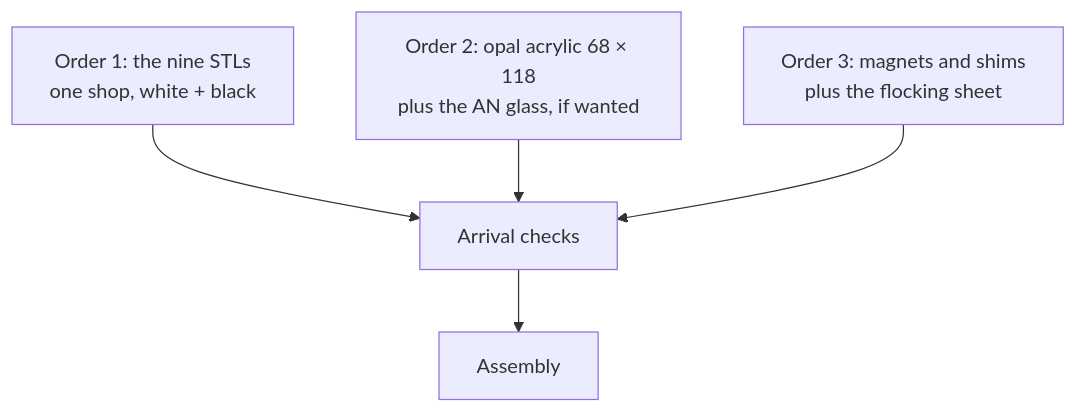
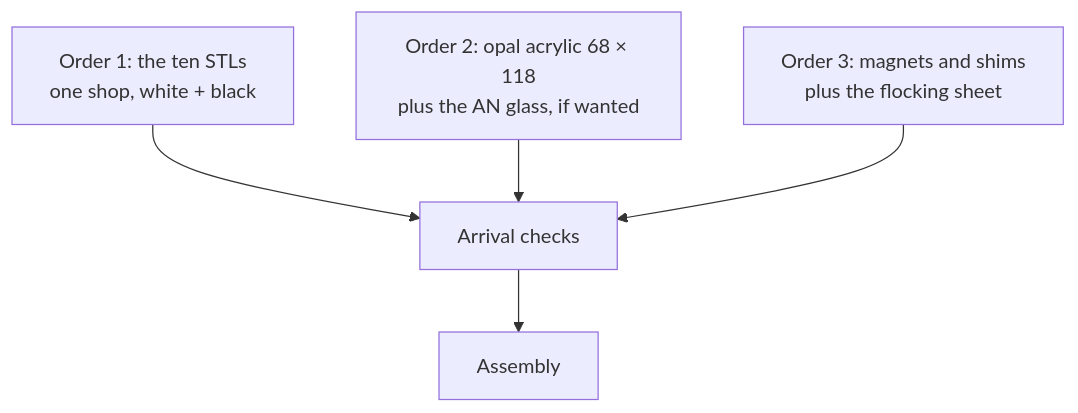
One commit to Neoanaloglab/Neobox changed the diagram in docs/bom.md. Above: the diagram before and after it, drawn with Mermaid. The commit also changed other lines of this file and 42 other files, not shown here.

````diff
--- a/docs/bom.md
+++ b/docs/bom.md
@@ -176,7 +177,7 @@
 ```mermaid
 flowchart TD
-  A[Order 1: the nine STLs<br/>one shop, white + black] --> D[Arrival checks]
+  A[Order 1: the ten STLs<br/>one shop, white + black] --> D[Arrival checks]
   B[Order 2: opal acrylic 68 × 118<br/>plus the AN glass, if wanted] --> D
   C[Order 3: magnets and shims<br/>plus the flocking sheet] --> D
   D --> E[Assembly]
 ```
````
